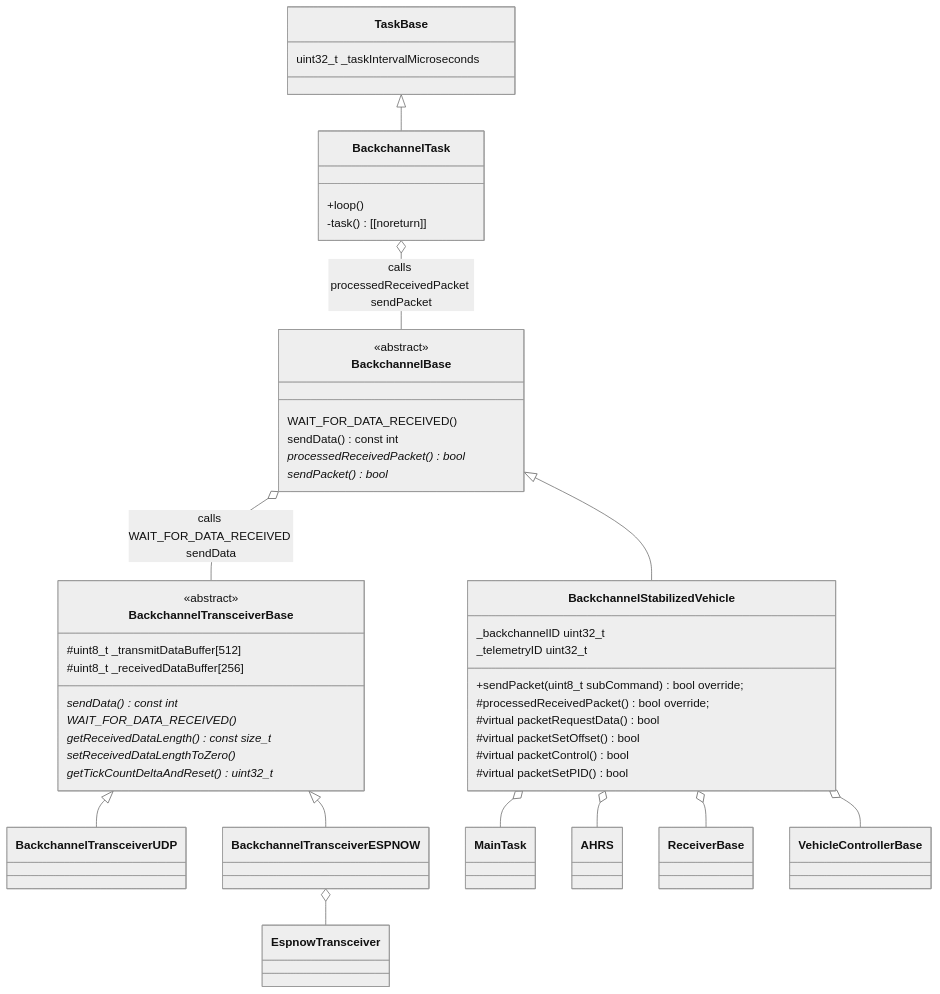
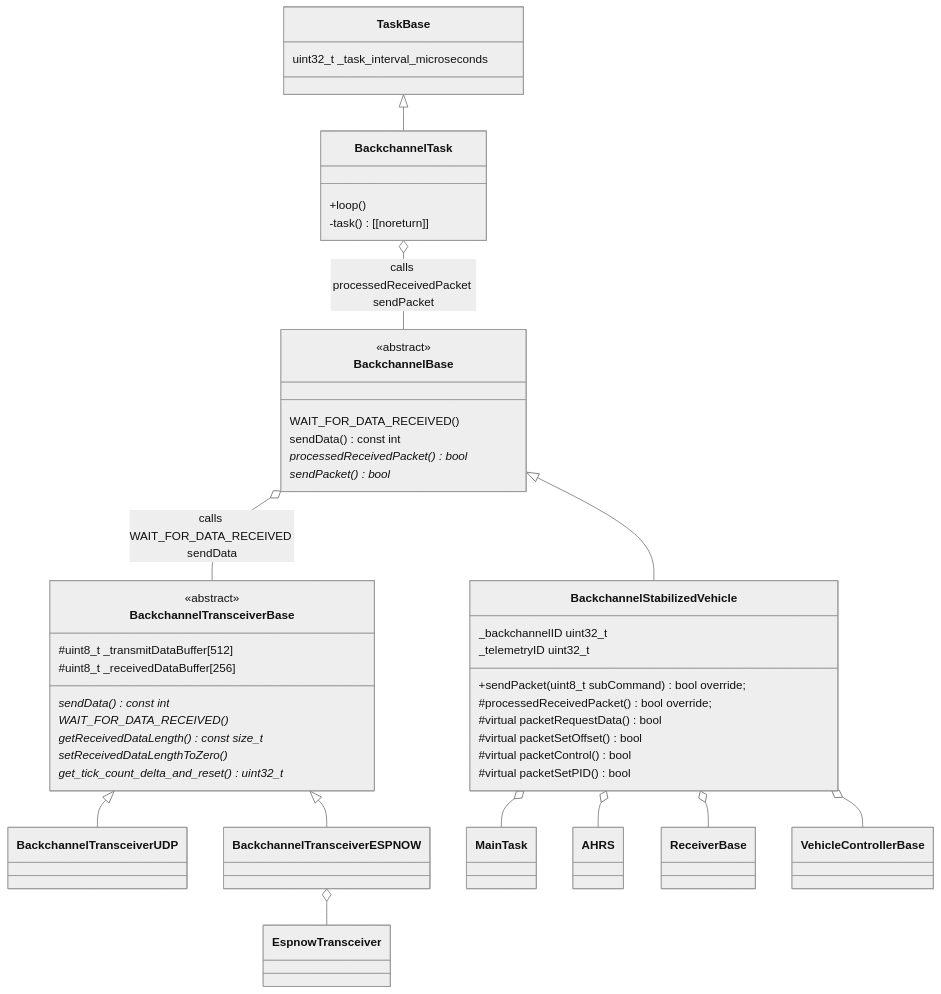
Before and after one commit to martinbudden/Library-Backchannel: the diagram in README.md, drawn with Mermaid (neutral theme). The commit also changed 12 other files, not shown here.

````diff
--- a/README.md
+++ b/README.md
@@ -7,53 +7,53 @@
 ```mermaid
 classDiagram
     class BackchannelTransceiverBase {
         <<abstract>>
         sendData() const int *
         WAIT_FOR_DATA_RECEIVED() *
         getReceivedDataLength() const size_t *
         setReceivedDataLengthToZero() *
-        getTickCountDeltaAndReset() uint32_t *
+        get_tick_count_delta_and_reset() uint32_t *
         #uint8_t _transmitDataBuffer[512]
         #uint8_t _receivedDataBuffer[256]
     }
 
     class BackchannelBase {
         <<abstract>>
         WAIT_FOR_DATA_RECEIVED()
         sendData() const int
         processedReceivedPacket() bool *
         sendPacket() bool *
     }
     BackchannelBase o-- BackchannelTransceiverBase : calls WAIT_FOR_DATA_RECEIVED sendData
 
     BackchannelTransceiverBase <|-- BackchannelTransceiverUDP
 
     BackchannelTransceiverBase <|-- BackchannelTransceiverESPNOW
     BackchannelTransceiverESPNOW o-- EspnowTransceiver
 
     BackchannelBase <|-- BackchannelStabilizedVehicle
     class BackchannelStabilizedVehicle {
         _backchannelID uint32_t
         _telemetryID uint32_t
         +sendPacket(uint8_t subCommand) bool override;
         #processedReceivedPacket() bool override;
         #virtual packetRequestData() bool
         #virtual packetSetOffset() bool
         #virtual packetControl() bool
         #virtual packetSetPID() bool
     }
     BackchannelStabilizedVehicle o-- MainTask
     BackchannelStabilizedVehicle o-- AHRS
     BackchannelStabilizedVehicle o-- ReceiverBase
     BackchannelStabilizedVehicle o-- VehicleControllerBase
 
     class TaskBase {
-        uint32_t _taskIntervalMicroseconds
+        uint32_t _task_interval_microseconds
     }
     TaskBase <|-- BackchannelTask
     class BackchannelTask {
         +loop()
         -task() [[noreturn]]
     }
     BackchannelTask o-- BackchannelBase : calls processedReceivedPacket sendPacket
 ```
````
